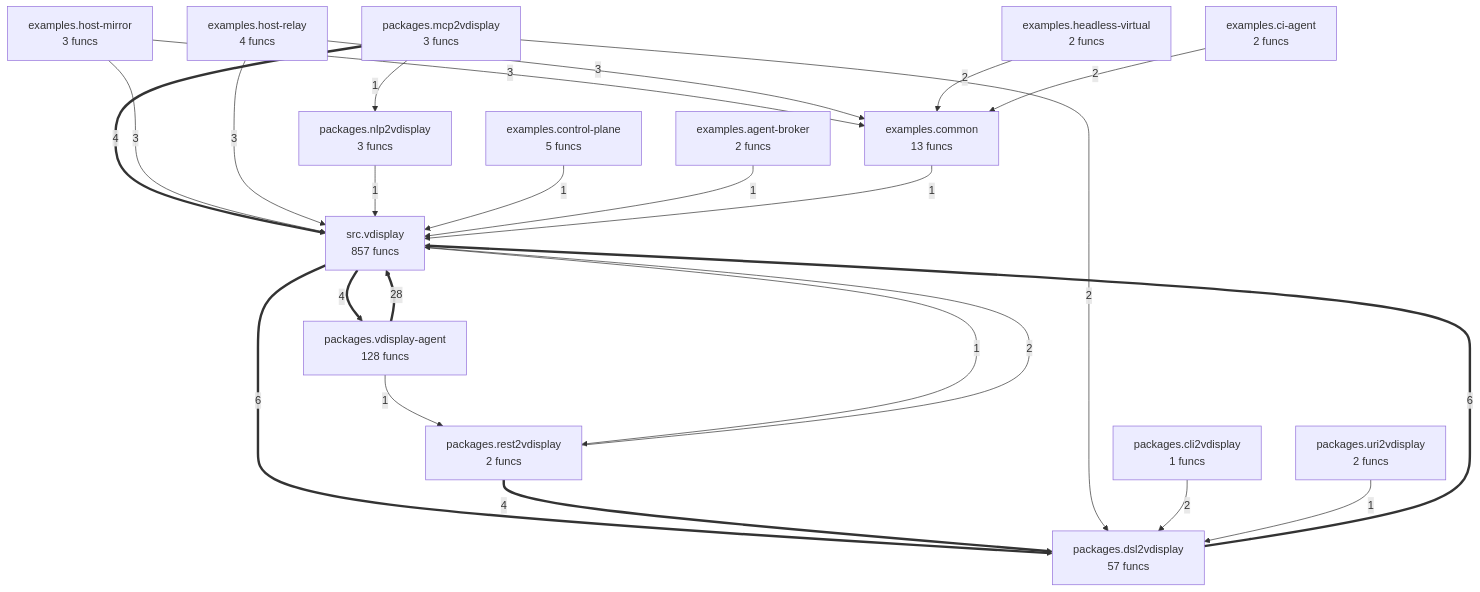
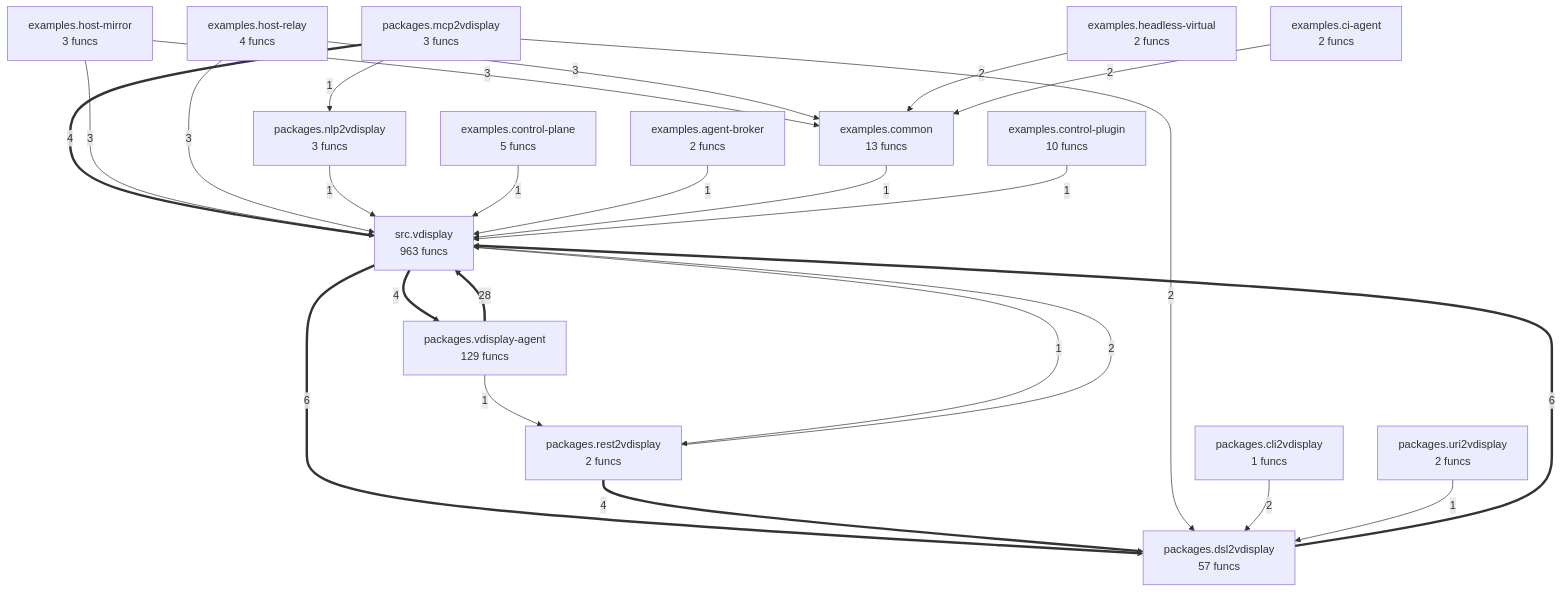
The diagram in project/compact_flow.mmd (wronai/vdisplay), drawn with Mermaid before and after one commit. The commit also changed 69 other files, not shown here.

```diff
--- a/project/compact_flow.mmd
+++ b/project/compact_flow.mmd
@@ -1,40 +1,42 @@
 flowchart TD
-%% generated in 0.10s
+%% generated in 0.14s
     examples__agent_broker["examples.agent-broker<br/>2 funcs"]
     examples__ci_agent["examples.ci-agent<br/>2 funcs"]
     examples__common["examples.common<br/>13 funcs"]
     examples__control_plane["examples.control-plane<br/>5 funcs"]
+    examples__control_plugin["examples.control-plugin<br/>10 funcs"]
     examples__headless_virtual["examples.headless-virtual<br/>2 funcs"]
     examples__host_mirror["examples.host-mirror<br/>3 funcs"]
     examples__host_relay["examples.host-relay<br/>4 funcs"]
     packages__cli2vdisplay["packages.cli2vdisplay<br/>1 funcs"]
     packages__dsl2vdisplay["packages.dsl2vdisplay<br/>57 funcs"]
     packages__mcp2vdisplay["packages.mcp2vdisplay<br/>3 funcs"]
     packages__nlp2vdisplay["packages.nlp2vdisplay<br/>3 funcs"]
     packages__rest2vdisplay["packages.rest2vdisplay<br/>2 funcs"]
     packages__uri2vdisplay["packages.uri2vdisplay<br/>2 funcs"]
-    packages__vdisplay_agent["packages.vdisplay-agent<br/>128 funcs"]
-    src__vdisplay["src.vdisplay<br/>857 funcs"]
+    packages__vdisplay_agent["packages.vdisplay-agent<br/>129 funcs"]
+    src__vdisplay["src.vdisplay<br/>963 funcs"]
     packages__vdisplay_agent ==>|28| src__vdisplay
     packages__dsl2vdisplay ==>|6| src__vdisplay
     src__vdisplay ==>|6| packages__dsl2vdisplay
     packages__mcp2vdisplay ==>|4| src__vdisplay
     packages__rest2vdisplay ==>|4| packages__dsl2vdisplay
     src__vdisplay ==>|4| packages__vdisplay_agent
     examples__host_mirror -->|3| src__vdisplay
     examples__host_mirror -->|3| examples__common
     examples__host_relay -->|3| src__vdisplay
     examples__host_relay -->|3| examples__common
     packages__mcp2vdisplay -->|2| packages__dsl2vdisplay
     packages__cli2vdisplay -->|2| packages__dsl2vdisplay
     packages__rest2vdisplay -->|2| src__vdisplay
     examples__headless_virtual -->|2| examples__common
     examples__ci_agent -->|2| examples__common
     packages__mcp2vdisplay -->|1| packages__nlp2vdisplay
     packages__uri2vdisplay -->|1| packages__dsl2vdisplay
     packages__nlp2vdisplay -->|1| src__vdisplay
     packages__vdisplay_agent -->|1| packages__rest2vdisplay
     examples__control_plane -->|1| src__vdisplay
     examples__agent_broker -->|1| src__vdisplay
     examples__common -->|1| src__vdisplay
     src__vdisplay -->|1| packages__rest2vdisplay
+    examples__control_plugin -->|1| src__vdisplay
```
